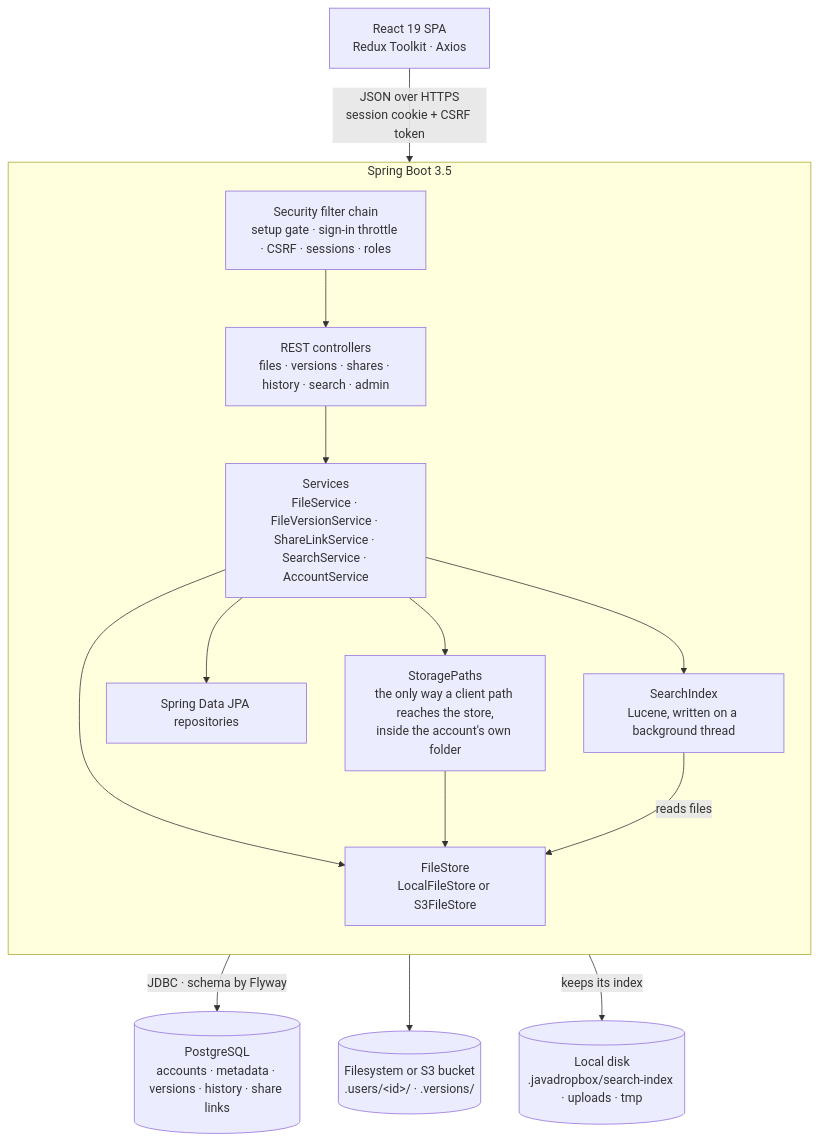
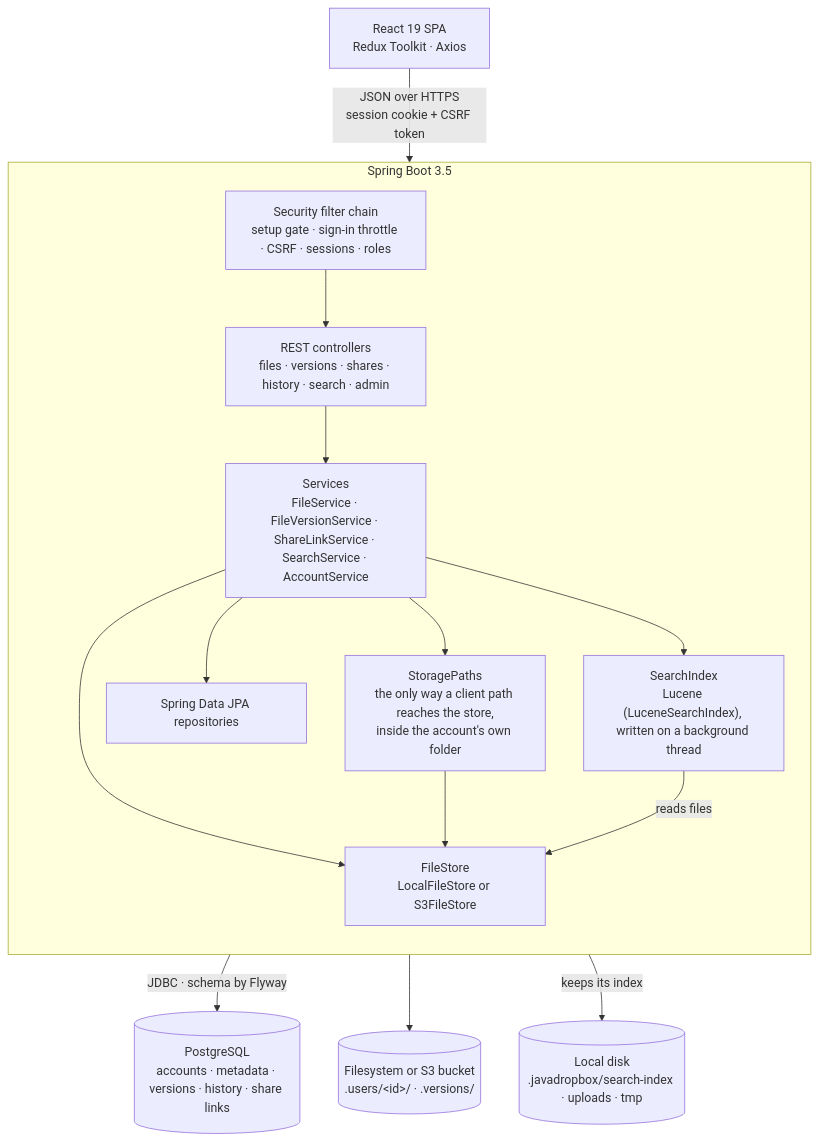
The first of 6 diagrams in README.md (mevcaus/JavaDropbox), drawn with Mermaid before and after one commit. The commit also changed other lines of this file and 6 other files, not shown here.

First line of the commit message:
pull a search interface out of SearchIndex, with Lucene as its implementation

````diff
--- a/README.md
+++ b/README.md
@@ -54,31 +54,31 @@
 ```mermaid
 flowchart TB
     Browser["React 19 SPA<br/>Redux Toolkit · Axios"]
 
     subgraph App["Spring Boot 3.5"]
         direction TB
         Security["Security filter chain<br/>setup gate · sign-in throttle · CSRF · sessions · roles"]
         Controllers["REST controllers<br/>files · versions · shares · history · search · admin"]
         Services["Services<br/>FileService · FileVersionService · ShareLinkService · SearchService · AccountService"]
-        Index["SearchIndex<br/>Lucene, written on a background thread"]
+        Index["SearchIndex<br/>Lucene (LuceneSearchIndex), written on a background thread"]
         Paths["StoragePaths<br/>the only way a client path reaches the store,<br/>inside the account's own folder"]
         Store["FileStore<br/>LocalFileStore or S3FileStore"]
         Repos["Spring Data JPA repositories"]
         Security --> Controllers --> Services
         Services --> Paths
         Services --> Store
         Services --> Repos
         Services --> Index
         Paths --> Store
         Index -- "reads files" --> Store
     end
 
     DB[("PostgreSQL<br/>accounts · metadata · versions · history · share links")]
     Files[("Filesystem or S3 bucket<br/>.users/&lt;id&gt;/ · .versions/")]
     Disk[("Local disk<br/>.javadropbox/search-index · uploads · tmp")]
 
     Browser -- "JSON over HTTPS<br/>session cookie + CSRF token" --> Security
     Repos -- "JDBC · schema by Flyway" --> DB
     Store --> Files
     Index -- "keeps its index" --> Disk
 ```
````
